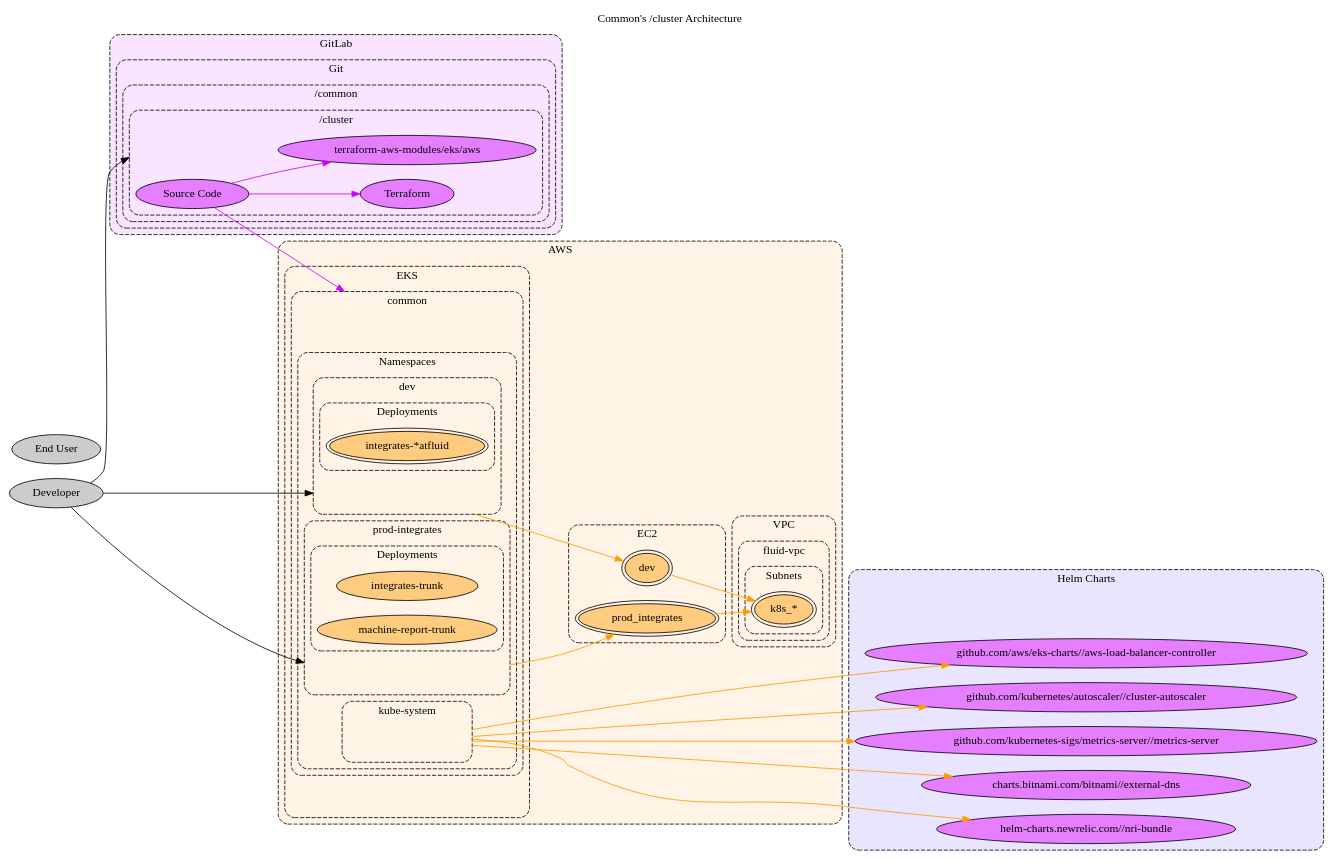
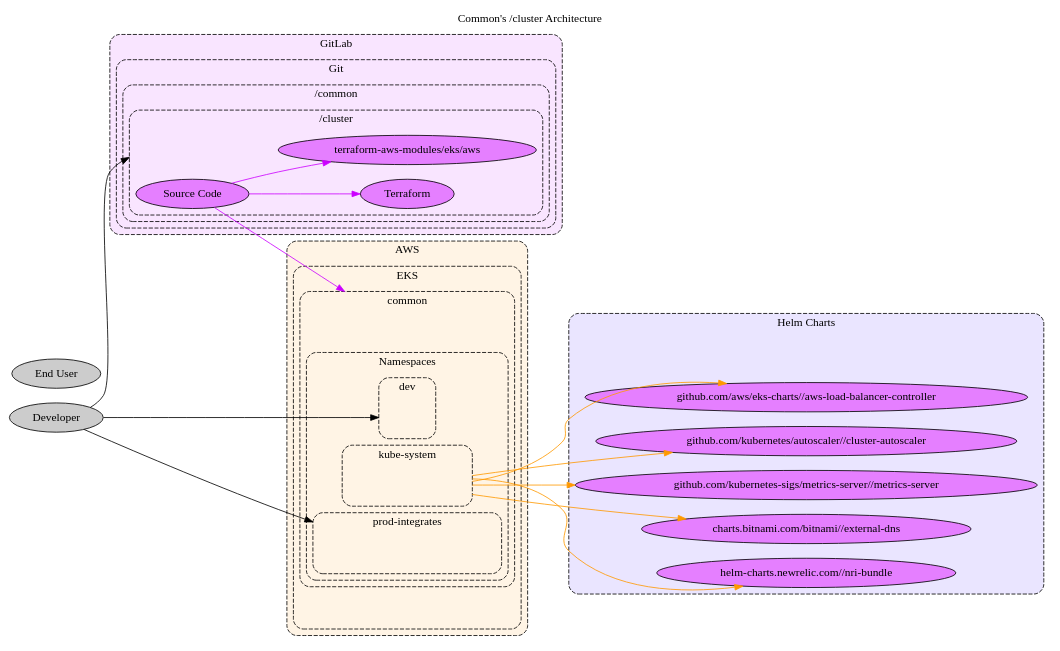
One commit to jeanbaptistemora/fluidattacks-universe2 changed the diagram in docs/src/docs/development/products/common/cluster-arch.dot. Above: the diagram before and after it, drawn with Graphviz.

Commit message:
docs\feat(doc): #7581.60 cluster arch
- Remove elements from the Cluster component of
  Common that are not managed by it

```diff
--- a/docs/src/docs/development/products/common/cluster-arch.dot
+++ b/docs/src/docs/development/products/common/cluster-arch.dot
@@ -1,163 +1,123 @@
 // SPDX-FileCopyrightText: 2022 Fluid Attacks <development@fluidattacks.com>
 //
 // SPDX-License-Identifier: MPL-2.0
 
 digraph common {
   label="Common's /cluster Architecture"
   labelloc="t"
   compound="true"
   // concentrate="true"
   rankdir="LR"
   scale="scalexy"
 
   node[style="filled"]
   graph[style="dashed,rounded"]
 
   subgraph cluster_aws {
     label="AWS"
     bgcolor="0.1 0.1 1.0"
     node[fillcolor="0.1 0.5 1.0"]
-
-    subgraph cluster_aws_ec2 {
-      label="EC2"
-
-      aws_ec2_dev[label="dev" peripheries="2"]
-      aws_ec2_prod_integrates[label="prod_integrates" peripheries="2"]
-    }
 
     subgraph cluster_aws_eks {
       label="EKS"
 
       cluster_aws_eks[label="" style="invis"]
 
       subgraph cluster_aws_eks_common {
         label="common"
 
         cluster_aws_eks_common[label="" style="invis"]
 
         subgraph cluster_aws_eks_common_worker_groups {
           label="Worker Groups"
         }
 
         subgraph cluster_aws_eks_common_namespaces {
           label="Namespaces"
 
           subgraph cluster_aws_eks_common_namespaces_dev {
             label="dev"
 
             cluster_aws_eks_common_namespaces_dev[label="" style="invis"]
-
-            subgraph cluster_aws_eks_common_namespaces_dev_deployments {
-              label="Deployments"
-
-              aws_eks_common_namespaces_dev_deployments_integrates_atfluid[label="integrates-*atfluid" peripheries="2"]
-            }
           }
 
           subgraph cluster_aws_eks_common_namespaces_kube_system {
             label="kube-system"
 
             cluster_aws_eks_common_namespaces_kube_system[label="" style="invis" width="2.0"]
           }
 
           subgraph cluster_aws_eks_common_namespaces_prod_integrates {
             label="prod-integrates"
-            cluster_aws_eks_common_namespaces_prod_integrates[label="" style="invis"]
-
-            subgraph cluster_aws_eks_common_namespaces_prod_integrates_deployments {
-              label="Deployments"
-
-              aws_eks_common_namespaces_prod_integrates_deployments_integrates_trunk[label="integrates-trunk"]
-              aws_eks_common_namespaces_prod_integrates_deployments_machine_report_trunk[label="machine-report-trunk"]
-            }
+            cluster_aws_eks_common_namespaces_prod_integrates[label="" style="invis" width="3.0"]
           }
-        }
-      }
-    }
-
-    subgraph cluster_aws_vpc {
-      label="VPC"
-
-      subgraph cluster_aws_vpc_fluid_vpc {
-        label="fluid-vpc"
-
-        subgraph cluster_aws_vpc_fluid_vpc_subnets {
-          label="Subnets"
-
-          cluster_aws_vpc_fluid_vpc_subnets_k8s[label="k8s_*", peripheries="2"]
         }
       }
     }
   }
 
   subgraph cluster_cloudflare {
     label="Cloudflare"
     bgcolor="0.6 0.1 1.0"
     node[fillcolor="0.6 0.5 1.0"]
   }
 
   subgraph cluster_gitlab {
     label="GitLab"
     bgcolor="0.8 0.1 1.0"
     node[fillcolor="0.8 0.5 1.0"]
 
     subgraph cluster_gitlab_git {
       label="Git"
 
       subgraph cluster_gitlab_git_common {
         label="/common"
 
         subgraph cluster_gitlab_git_common_cluster {
           label="/cluster"
 
           cluster_gitlab_git_common_cluster[label="" style="invis"]
           gitlab_git_common_cluster[label="Source Code"]
           gitlab_git_common_cluster_terraform[label="Terraform"]
           gitlab_git_common_cluster_terraform_terraform_aws_modules_eks_aws[label="terraform-aws-modules/eks/aws"]
         }
       }
     }
   }
 
   subgraph cluster_helm {
     label="Helm Charts"
     bgcolor="0.7 0.1 1.0"
     node[fillcolor="0.8 0.5 1.0"]
 
     cluster_helm[label="" style="invis"]
     helm_aws_load_balancer_controller[label="github.com/aws/eks-charts//aws-load-balancer-controller"]
     helm_cluster_autoscaler[label="github.com/kubernetes/autoscaler//cluster-autoscaler"]
     helm_metrics_server[label="github.com/kubernetes-sigs/metrics-server//metrics-server"]
     helm_external_dns[label="charts.bitnami.com/bitnami//external-dns"]
     helm_nri_bundle[label="helm-charts.newrelic.com//nri-bundle"]
   }
 
-  cluster_aws_vpc_fluid_vpc_subnets_k8s -> cluster_helm[style="invis"]
-
   edge[color="0.1 1.0 1.0"]
-  aws_ec2_dev -> cluster_aws_vpc_fluid_vpc_subnets_k8s[]
-  aws_ec2_prod_integrates -> cluster_aws_vpc_fluid_vpc_subnets_k8s[]
-  cluster_aws_eks_common_namespaces_dev -> aws_ec2_dev[ltail="cluster_aws_eks_common_namespaces_dev"]
   cluster_aws_eks_common_namespaces_kube_system -> helm_aws_load_balancer_controller[ltail="cluster_aws_eks_common_namespaces_kube_system"]
   cluster_aws_eks_common_namespaces_kube_system -> helm_cluster_autoscaler[ltail="cluster_aws_eks_common_namespaces_kube_system"]
   cluster_aws_eks_common_namespaces_kube_system -> helm_metrics_server[ltail="cluster_aws_eks_common_namespaces_kube_system"]
   cluster_aws_eks_common_namespaces_kube_system -> helm_external_dns[ltail="cluster_aws_eks_common_namespaces_kube_system"]
   cluster_aws_eks_common_namespaces_kube_system -> helm_nri_bundle[ltail="cluster_aws_eks_common_namespaces_kube_system"]
-  cluster_aws_eks_common_namespaces_prod_integrates -> aws_ec2_prod_integrates[ltail="cluster_aws_eks_common_namespaces_prod_integrates"]
 
   edge[color="0.6 1.0 1.0"]
 
   edge[color="0.8 1.0 1.0"]
   gitlab_git_common_cluster -> cluster_aws_eks_common[lhead="cluster_aws_eks_common"]
   gitlab_git_common_cluster -> gitlab_git_common_cluster_terraform[]
   gitlab_git_common_cluster -> gitlab_git_common_cluster_terraform_terraform_aws_modules_eks_aws[]
 
   node[fillcolor="0.0 0.0 0.8"]
   customer[label="End User"]
   developer[label="Developer"]
 
   edge[color="0.0 0.0 0.0"]
   developer -> cluster_aws_eks_common_namespaces_dev[lhead="cluster_aws_eks_common_namespaces_dev"]
   developer -> cluster_aws_eks_common_namespaces_prod_integrates[lhead="cluster_aws_eks_common_namespaces_prod_integrates"]
   developer -> cluster_gitlab_git_common_cluster[lhead="cluster_gitlab_git_common_cluster"]
 }
```
